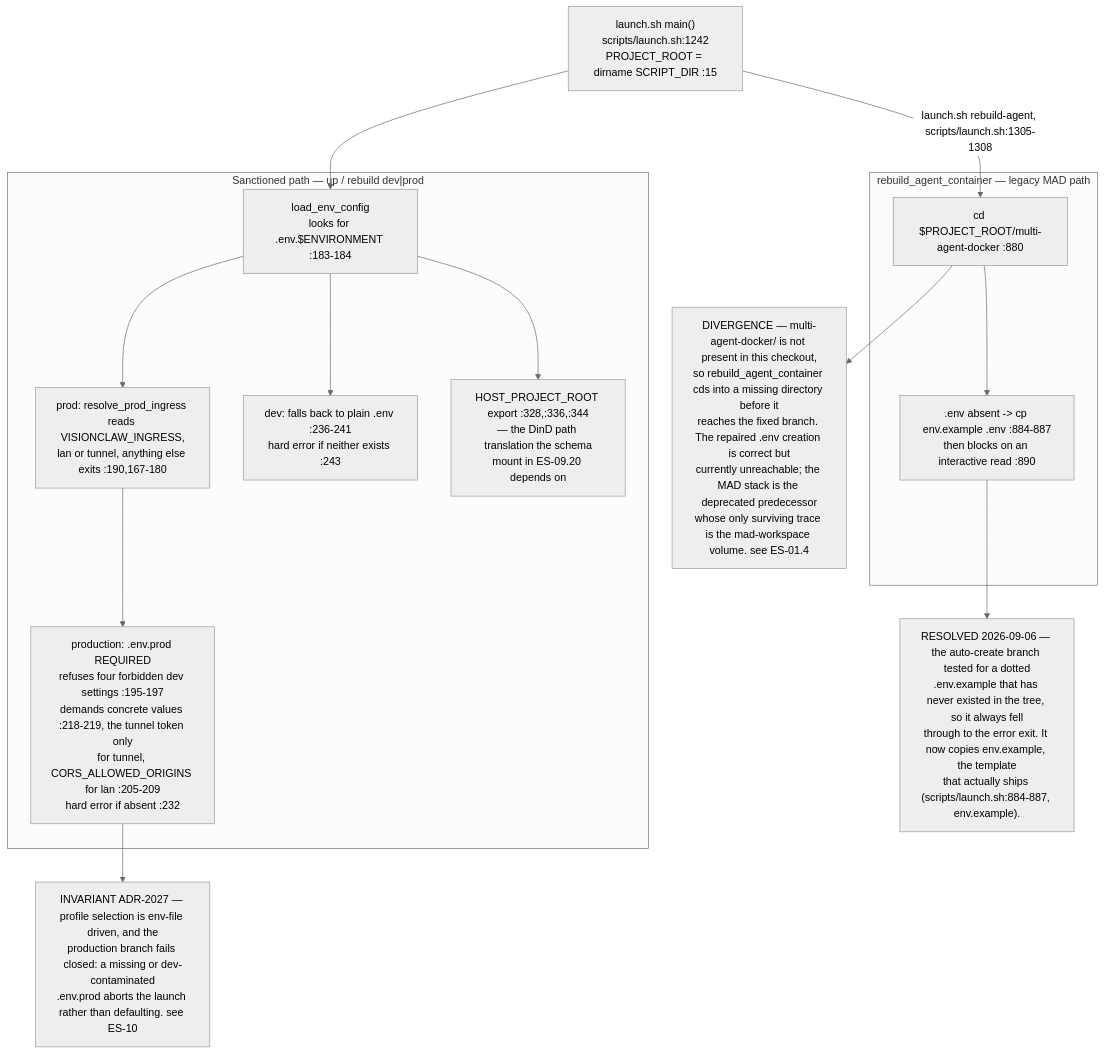
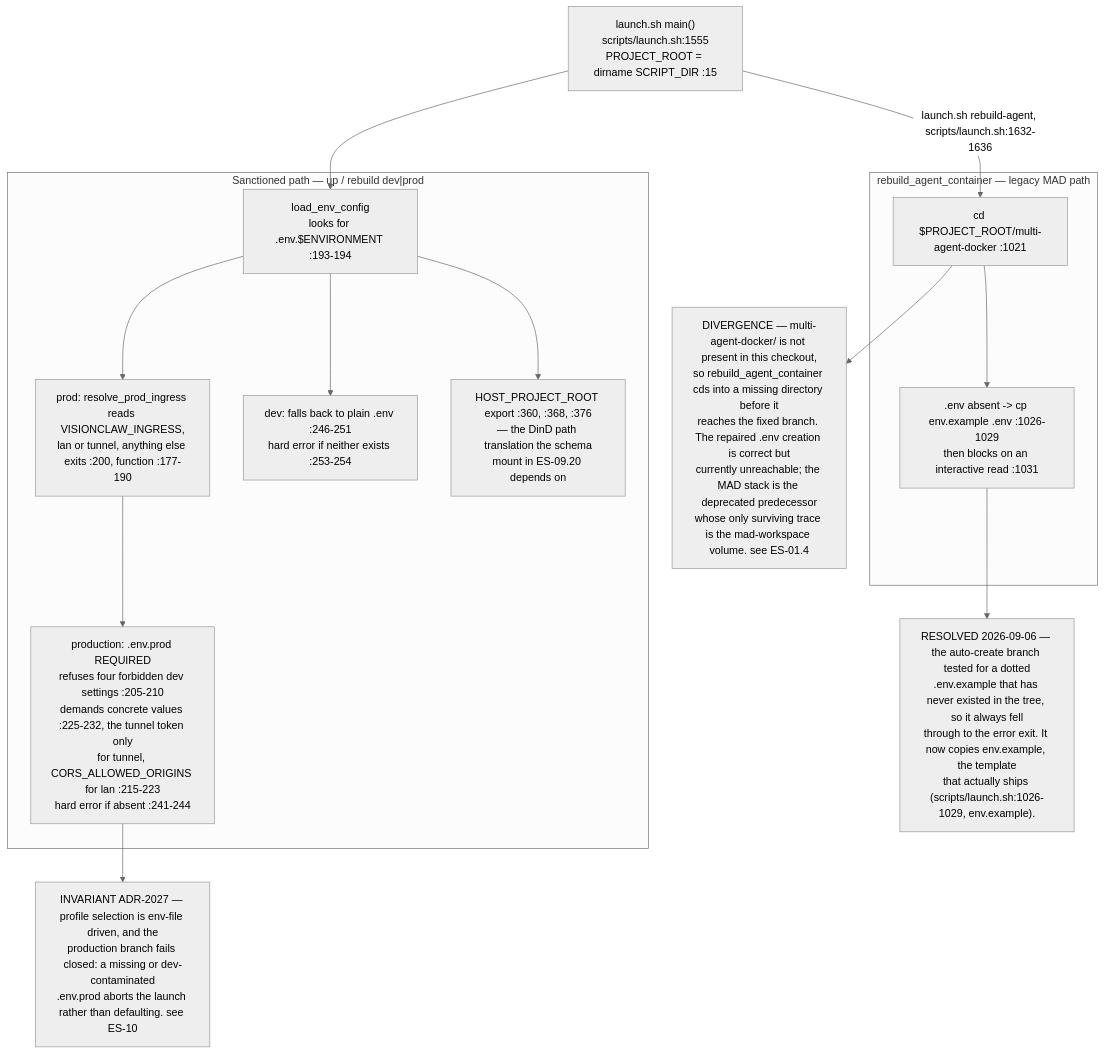
Before and after one commit to DreamLab-AI/VisionFlow: diagram 21 of 24 in docs/diagrams/estate/09-build-deploy-and-ci-estate.md, drawn with Mermaid (neutral theme). The commit also changed other lines of this file and 160 other files, not shown here.

````diff
--- a/docs/diagrams/estate/09-build-deploy-and-ci-estate.md
+++ b/docs/diagrams/estate/09-build-deploy-and-ci-estate.md
@@ -712,31 +725,31 @@
 ```mermaid
 flowchart TB
-    START["launch.sh main()<br/>scripts/launch.sh:1242<br/>PROJECT_ROOT = dirname SCRIPT_DIR :15"]
+    START["launch.sh main()<br/>scripts/launch.sh:1555<br/>PROJECT_ROOT = dirname SCRIPT_DIR :15"]
 
     subgraph SANCTIONED["Sanctioned path — up / rebuild dev|prod"]
-        LOADENV["load_env_config<br/>looks for .env.$ENVIRONMENT :183-184"]
-        INGR["prod: resolve_prod_ingress reads VISIONCLAW_INGRESS,<br/>lan or tunnel, anything else exits :190,167-180"]
-        PRODREQ["production: .env.prod REQUIRED<br/>refuses four forbidden dev settings :195-197<br/>demands concrete values :218-219, the tunnel token only<br/>for tunnel, CORS_ALLOWED_ORIGINS for lan :205-209<br/>hard error if absent :232"]
-        DEVFALL["dev: falls back to plain .env :236-241<br/>hard error if neither exists :243"]
-        HPR["HOST_PROJECT_ROOT export :328,:336,:344<br/>— the DinD path translation the schema<br/>mount in ES-09.20 depends on"]
+        LOADENV["load_env_config<br/>looks for .env.$ENVIRONMENT :193-194"]
+        INGR["prod: resolve_prod_ingress reads VISIONCLAW_INGRESS,<br/>lan or tunnel, anything else exits :200, function :177-190"]
+        PRODREQ["production: .env.prod REQUIRED<br/>refuses four forbidden dev settings :205-210<br/>demands concrete values :225-232, the tunnel token only<br/>for tunnel, CORS_ALLOWED_ORIGINS for lan :215-223<br/>hard error if absent :241-244"]
+        DEVFALL["dev: falls back to plain .env :246-251<br/>hard error if neither exists :253-254"]
+        HPR["HOST_PROJECT_ROOT export :360, :368, :376<br/>— the DinD path translation the schema<br/>mount in ES-09.20 depends on"]
     end
 
     subgraph LEGACY["rebuild_agent_container — legacy MAD path"]
-        CD["cd $PROJECT_ROOT/multi-agent-docker :880"]
-        MK[".env absent -> cp env.example .env :884-887<br/>then blocks on an interactive read :890"]
+        CD["cd $PROJECT_ROOT/multi-agent-docker :1021"]
+        MK[".env absent -> cp env.example .env :1026-1029<br/>then blocks on an interactive read :1031"]
     end
 
     START --> LOADENV
     LOADENV --> INGR --> PRODREQ
     LOADENV --> DEVFALL
     LOADENV --> HPR
-    START -->|"launch.sh rebuild-agent, scripts/launch.sh:1305-1308"| CD --> MK
+    START -->|"launch.sh rebuild-agent, scripts/launch.sh:1632-1636"| CD --> MK
 
-    FIX["RESOLVED 2026-09-06 — the auto-create branch tested for a dotted<br/>.env.example that has never existed in the tree, so it always fell<br/>through to the error exit. It now copies env.example, the template<br/>that actually ships (scripts/launch.sh:884-887, env.example)."]
+    FIX["RESOLVED 2026-09-06 — the auto-create branch tested for a dotted<br/>.env.example that has never existed in the tree, so it always fell<br/>through to the error exit. It now copies env.example, the template<br/>that actually ships (scripts/launch.sh:1026-1029, env.example)."]
     DIV["DIVERGENCE — multi-agent-docker/ is not present in this checkout,<br/>so rebuild_agent_container cds into a missing directory before it<br/>reaches the fixed branch. The repaired .env creation is correct but<br/>currently unreachable; the MAD stack is the deprecated predecessor<br/>whose only surviving trace is the mad-workspace volume. see ES-01.4"]
     INV["INVARIANT ADR-2027 — profile selection is env-file driven, and the<br/>production branch fails closed: a missing or dev-contaminated<br/>.env.prod aborts the launch rather than defaulting. see ES-10"]
 
     MK --> FIX
     CD --> DIV
     PRODREQ --> INV
 ```
````
